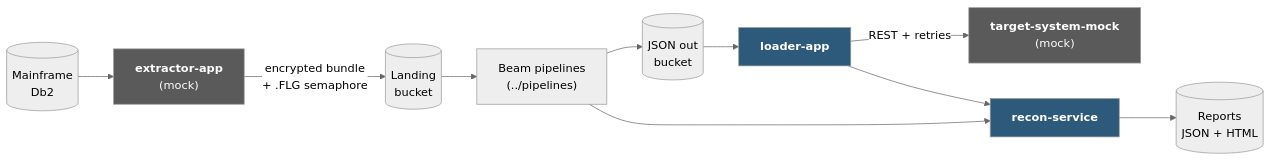
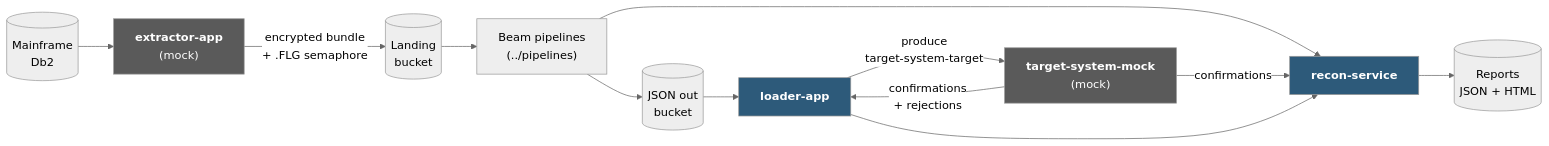
Before and after one commit to adrian-balaban/test-gcp-dataflow-dataform-cloud-composer: the first of 3 diagrams in apps/README.md, drawn with Mermaid (neutral theme). The commit also changed other lines of this file and 49 other files, not shown here.

````diff
--- a/apps/README.md
+++ b/apps/README.md
@@ -30,17 +30,19 @@
 ```mermaid
 flowchart LR
     MF[("Mainframe<br/>Db2")] --> EX["<b>extractor-app</b><br/>(mock)"]
     EX -->|"encrypted bundle<br/>+ .FLG semaphore"| GCS1[("Landing<br/>bucket")]
     GCS1 --> BEAM["Beam pipelines<br/>(../pipelines)"]
     BEAM --> GCS2[("JSON out<br/>bucket")]
     GCS2 --> LD["<b>loader-app</b>"]
-    LD -->|"REST + retries"| VC["<b>target-system-mock</b><br/>(mock)"]
+    LD -->|"produce<br/>target-system-target"| VC["<b>target-system-mock</b><br/>(mock)"]
+    VC -->|"confirmations<br/>+ rejections"| LD
     BEAM --> RC["<b>recon-service</b>"]
+    VC -->|"confirmations"| RC
     LD --> RC
     RC --> REP[("Reports<br/>JSON + HTML")]
 
     style EX fill:#5a5a5a,color:#fff
     style VC fill:#5a5a5a,color:#fff
     style LD fill:#2d5a7a,color:#fff
     style RC fill:#2d5a7a,color:#fff
 ```
````
